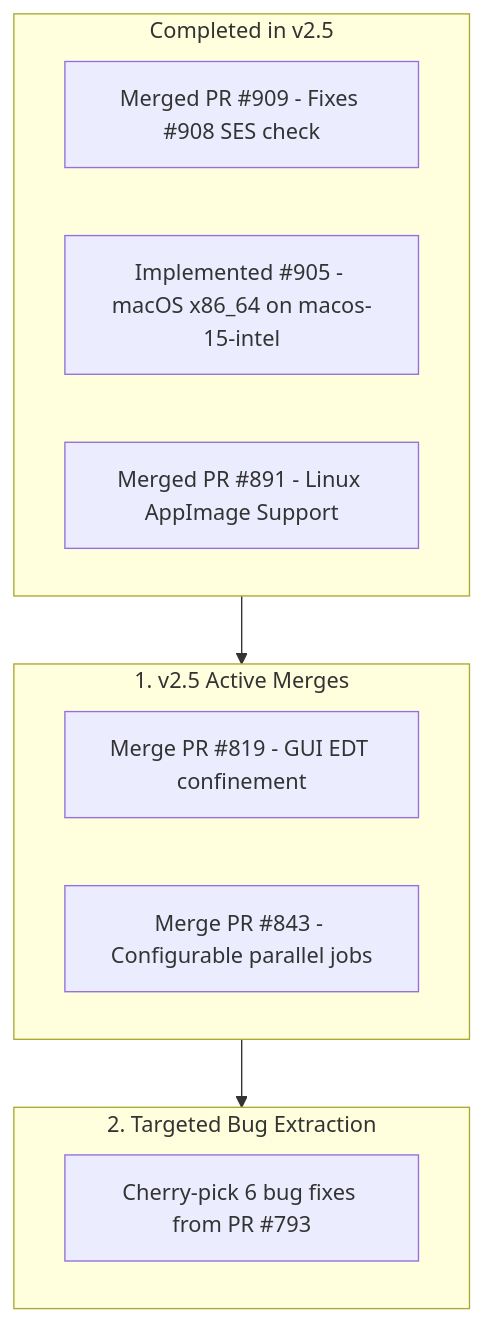
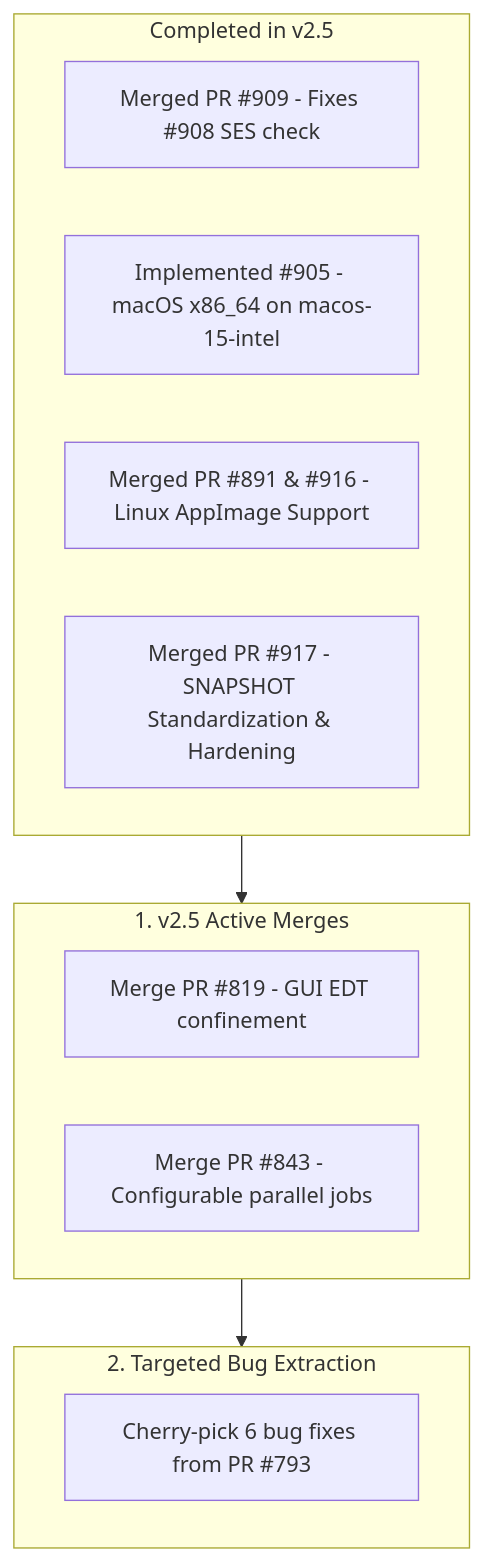
The diagram in docs/research/backlog_triage_and_investigation_notes.md (freerouting/freerouting), drawn with Mermaid before and after one commit. The commit also changed other lines of this file, not shown here.

Commit message:
docs(research): record merged PR #916 and PR #917 in backlog triage notes

````diff
--- a/docs/research/backlog_triage_and_investigation_notes.md
+++ b/docs/research/backlog_triage_and_investigation_notes.md
@@ -181,20 +185,21 @@
 ```mermaid
 flowchart TD
     subgraph Done ["Completed in v2.5"]
         A["Merged PR #909 - Fixes #908 SES check"]
         D["Implemented #905 - macOS x86_64 on macos-15-intel"]
-        E["Merged PR #891 - Linux AppImage Support"]
+        E["Merged PR #891 & #916 - Linux AppImage Support"]
+        G["Merged PR #917 - SNAPSHOT Standardization & Hardening"]
     end
 
     subgraph Immediate ["1. v2.5 Active Merges"]
         B["Merge PR #819 - GUI EDT confinement"]
         C["Merge PR #843 - Configurable parallel jobs"]
     end
 
     subgraph EngineFixes ["2. Targeted Bug Extraction"]
         F["Cherry-pick 6 bug fixes from PR #793"]
     end
 
     Done --> Immediate
     Immediate --> EngineFixes
 ```
````
